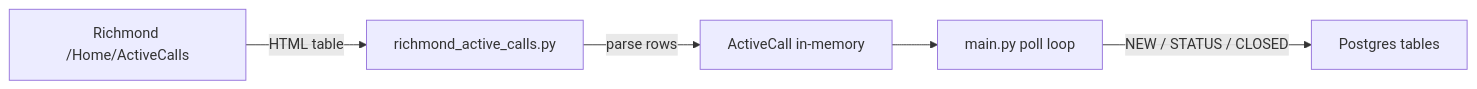
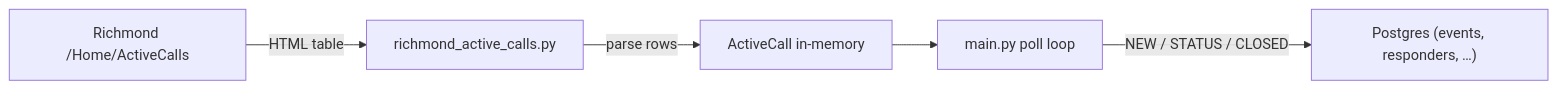
One commit to durid-ah/dispatch-map changed the third of 4 diagrams in docs/erd.md. Above: the diagram before and after it, drawn with Mermaid. The commit also changed other lines of this file, not shown here.

Commit message:
update the rest of the erd doc based on the new diagram

````diff
--- a/docs/erd.md
+++ b/docs/erd.md
@@ -133,13 +138,13 @@
 ```mermaid
 flowchart LR
     richmondSite["Richmond /Home/ActiveCalls"]
     scraper["richmond_active_calls.py"]
     activeCall["ActiveCall in-memory"]
     pollLoop["main.py poll loop"]
-    futureDb["Postgres tables"]
+    futureDb["Postgres (events, responders, …)"]
 
     richmondSite -->|"HTML table"| scraper
     scraper -->|"parse rows"| activeCall
     activeCall --> pollLoop
     pollLoop -->|"NEW / STATUS / CLOSED"| futureDb
 ```
````
